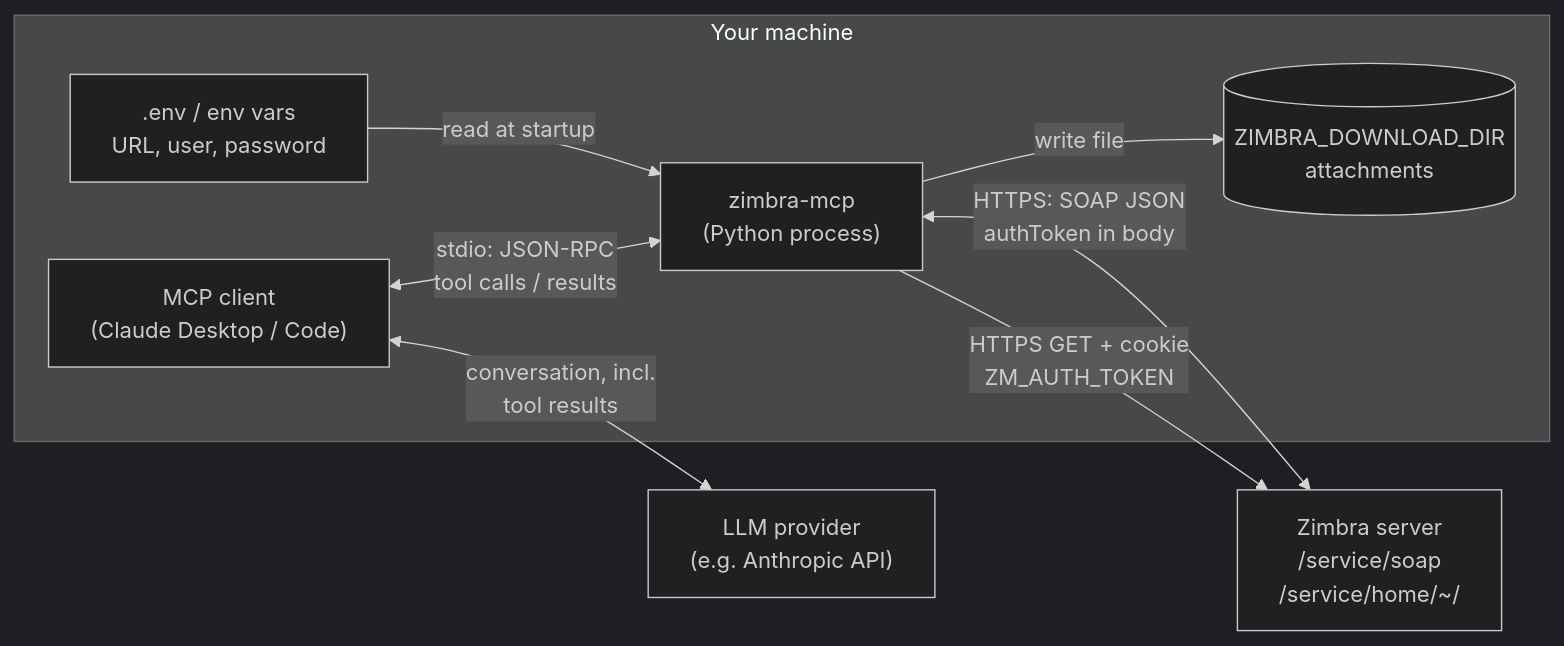
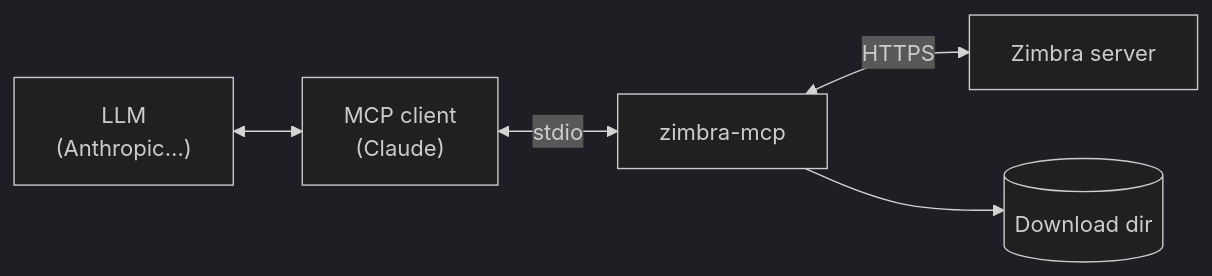
One commit to Saywyz/better-zimbra changed the first of 2 diagrams in README.md. Above: the diagram before and after it, drawn with Mermaid (dark theme).

Commit message:
docs: simplify architecture diagram

````diff
--- a/README.md
+++ b/README.md
@@ -150,18 +150,7 @@
 ```mermaid
 flowchart LR
-    subgraph local["Your machine"]
-        LLM["MCP client<br/>(Claude Desktop / Code)"]
-        MCP["zimbra-mcp<br/>(Python process)"]
-        ENV[".env / env vars<br/>URL, user, password"]
-        DL[("ZIMBRA_DOWNLOAD_DIR<br/>attachments")]
-    end
-    ZIMBRA["Zimbra server<br/>/service/soap<br/>/service/home/~/"]
-    MODEL["LLM provider<br/>(e.g. Anthropic API)"]
-
-    ENV -- "read at startup" --> MCP
-    LLM <-- "stdio: JSON-RPC<br/>tool calls / results" --> MCP
-    MCP <-- "HTTPS: SOAP JSON<br/>authToken in body" --> ZIMBRA
-    MCP -- "HTTPS GET + cookie<br/>ZM_AUTH_TOKEN" --> ZIMBRA
-    MCP -- "write file" --> DL
-    LLM <-- "conversation, incl.<br/>tool results" --> MODEL
+    MODEL["LLM<br/>(Anthropic...)"] <--> CLIENT["MCP client<br/>(Claude)"]
+    CLIENT <-- stdio --> MCP["zimbra-mcp"]
+    MCP <-- HTTPS --> ZIMBRA["Zimbra server"]
+    MCP --> DL[("Download dir")]
 ```
````
